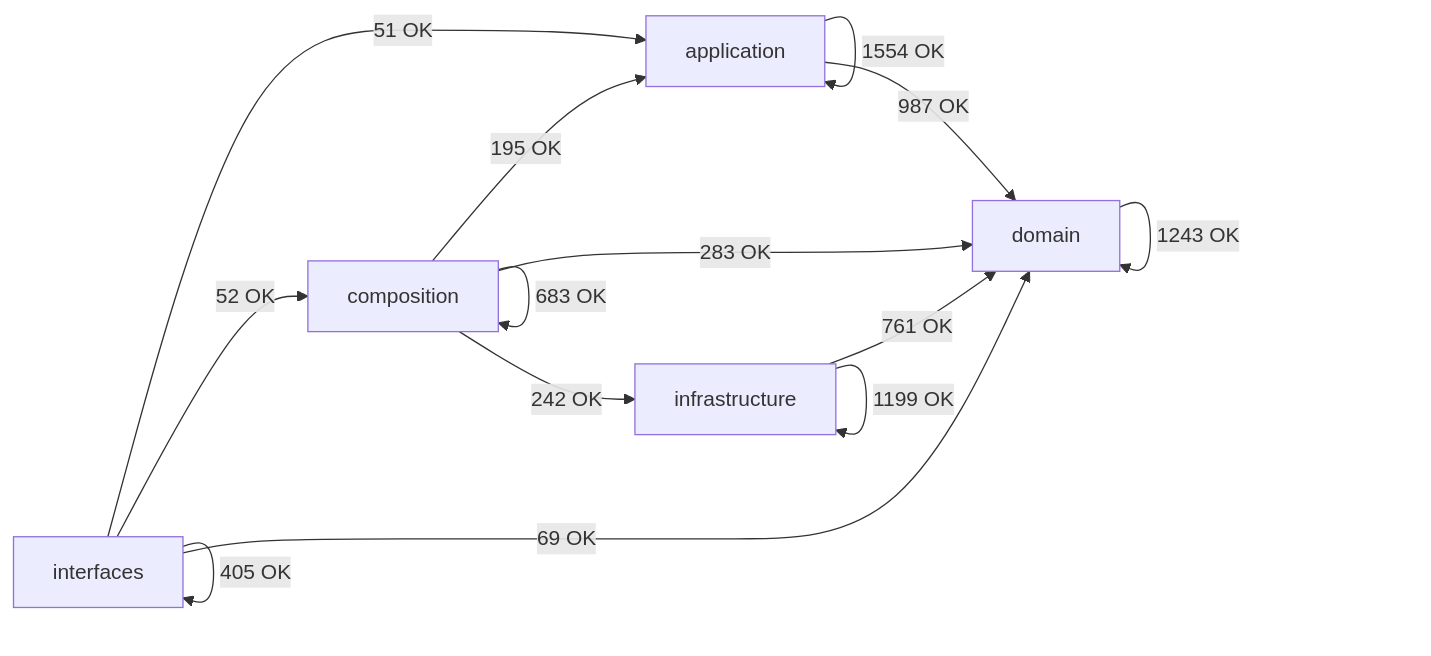
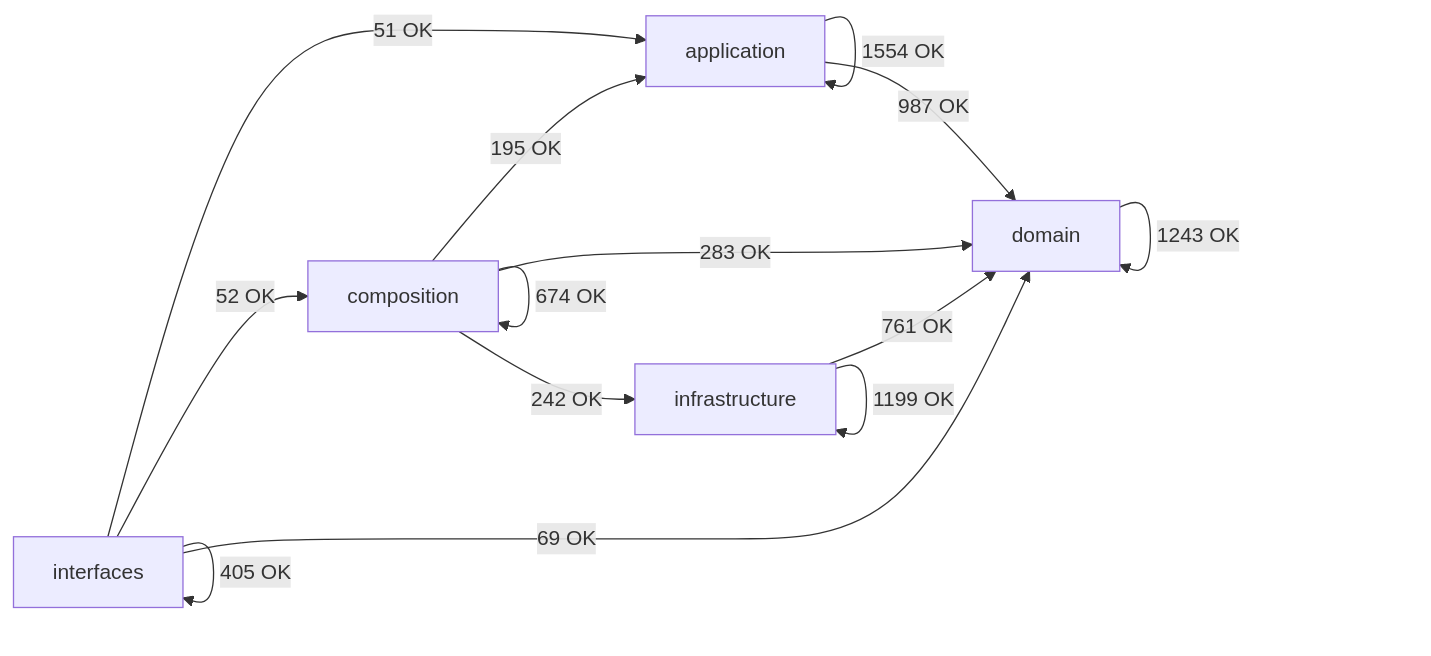
Before and after one commit to SatoryKono/BioactivityDataAcquisition: the diagram in docs/02-architecture/generated/module-dependency-map.md, drawn with Mermaid. The commit also changed other lines of this file and 9 other files, not shown here.

Commit message:
ci(architecture): refresh governance artifacts after lazy-import shrink

````diff
--- a/docs/02-architecture/generated/module-dependency-map.md
+++ b/docs/02-architecture/generated/module-dependency-map.md
@@ -17,21 +17,21 @@
 ```mermaid
 flowchart LR
     domain[domain]
     application[application]
     infrastructure[infrastructure]
     composition[composition]
     interfaces[interfaces]
     application -->|1554 OK| application
     application -->|987 OK| domain
     composition -->|195 OK| application
-    composition -->|683 OK| composition
+    composition -->|674 OK| composition
     composition -->|283 OK| domain
     composition -->|242 OK| infrastructure
     domain -->|1243 OK| domain
     infrastructure -->|761 OK| domain
     infrastructure -->|1199 OK| infrastructure
     interfaces -->|51 OK| application
     interfaces -->|52 OK| composition
     interfaces -->|69 OK| domain
     interfaces -->|405 OK| interfaces
 ```
````
